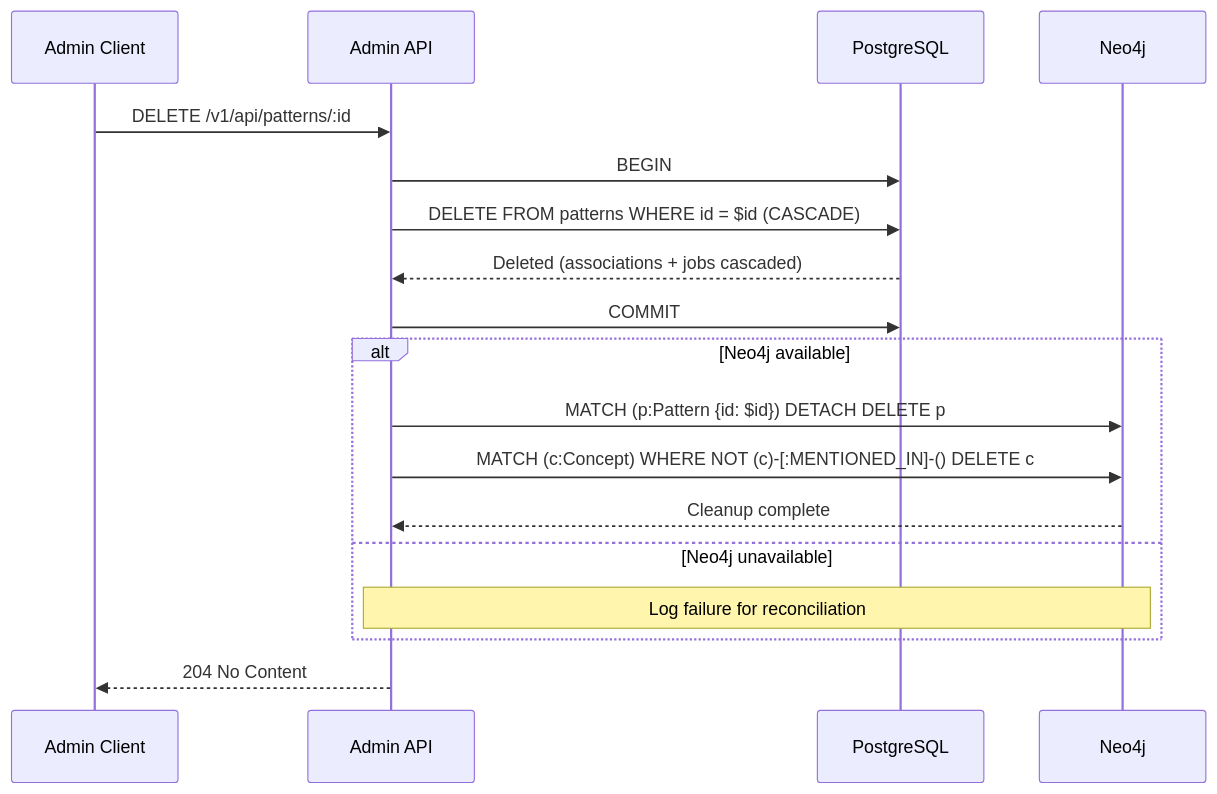
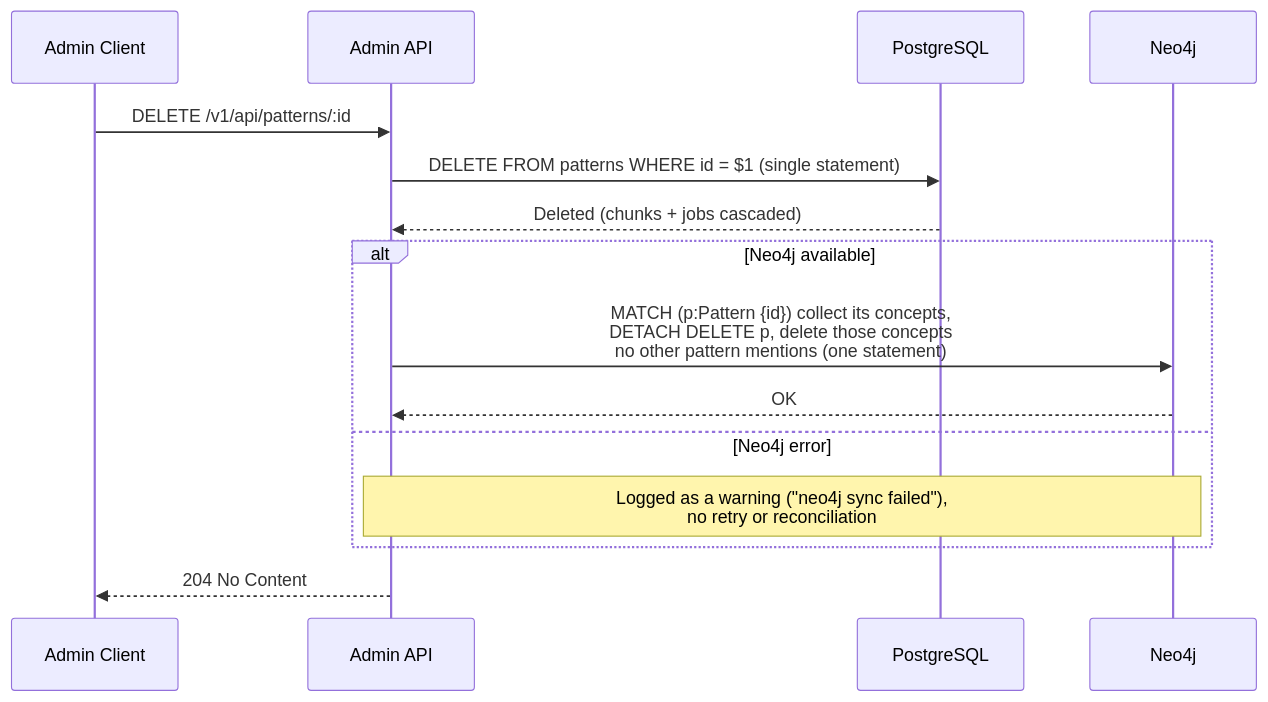
Before and after one commit to twistingmercury/mnemonic-docs: the fifth of 8 diagrams in docs/architecture/system/04-data-architecture.md, drawn with Mermaid. The commit also changed other lines of this file and 41 other files, not shown here.

````diff
--- a/docs/architecture/system/04-data-architecture.md
+++ b/docs/architecture/system/04-data-architecture.md
@@ -501,21 +425,18 @@
 ```mermaid
 sequenceDiagram
     participant CLIENT as Admin Client
     participant API as Admin API
     participant PG as PostgreSQL
     participant NEO as Neo4j
 
     CLIENT->>API: DELETE /v1/api/patterns/:id
-    API->>PG: BEGIN
-    API->>PG: DELETE FROM patterns WHERE id = $id (CASCADE)
-    PG-->>API: Deleted (associations + jobs cascaded)
-    API->>PG: COMMIT
+    API->>PG: DELETE FROM patterns WHERE id = $1 (single statement)
+    PG-->>API: Deleted (chunks + jobs cascaded)
     alt Neo4j available
-        API->>NEO: MATCH (p:Pattern {id: $id}) DETACH DELETE p
-        API->>NEO: MATCH (c:Concept) WHERE NOT (c)-[:MENTIONED_IN]-() DELETE c
-        NEO-->>API: Cleanup complete
-    else Neo4j unavailable
-        Note over API,NEO: Log failure for reconciliation
+        API->>NEO: MATCH (p:Pattern {id}) collect its concepts,<br/>DETACH DELETE p, delete those concepts<br/>no other pattern mentions (one statement)
+        NEO-->>API: OK
+    else Neo4j error
+        Note over API,NEO: Logged as a warning ("neo4j sync failed"),<br/>no retry or reconciliation
     end
     API-->>CLIENT: 204 No Content
 ```
````
